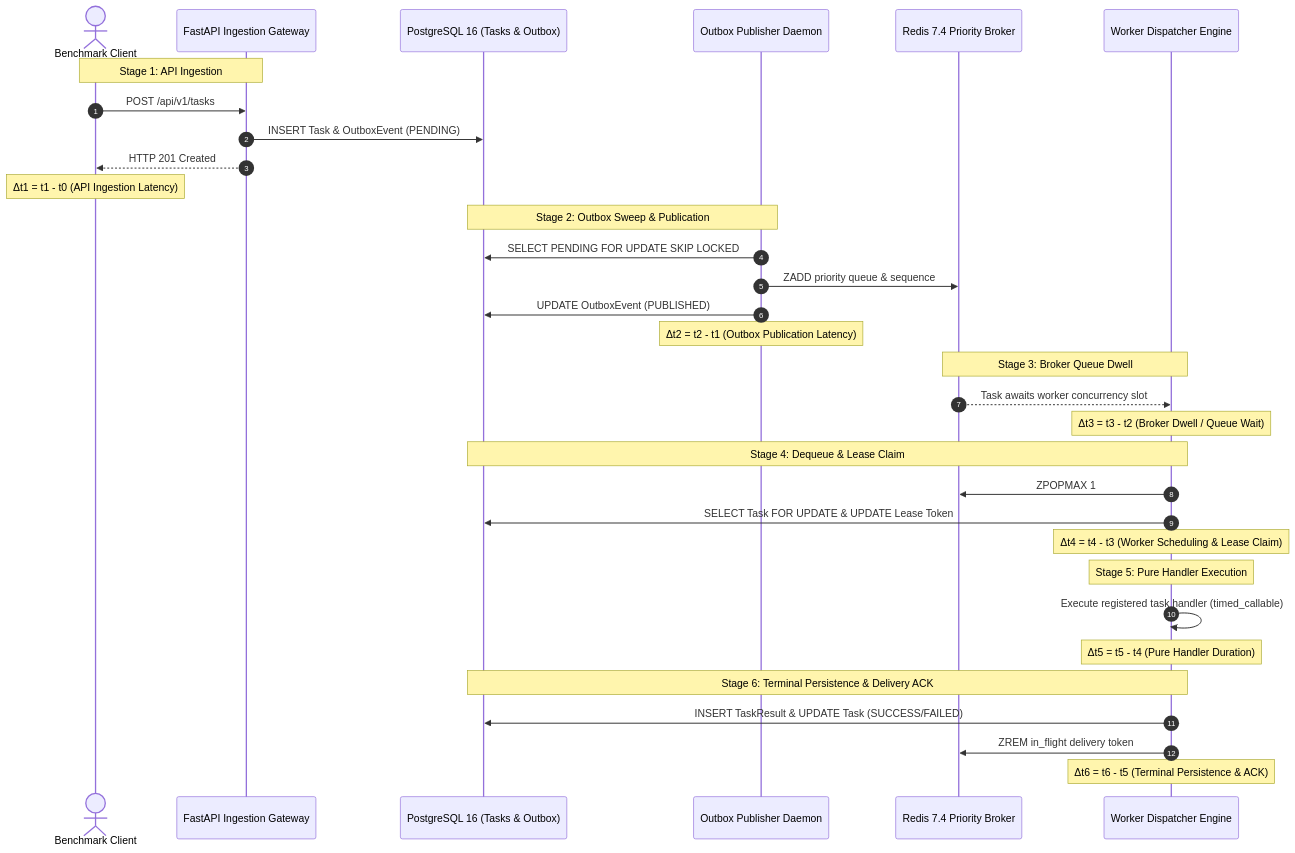
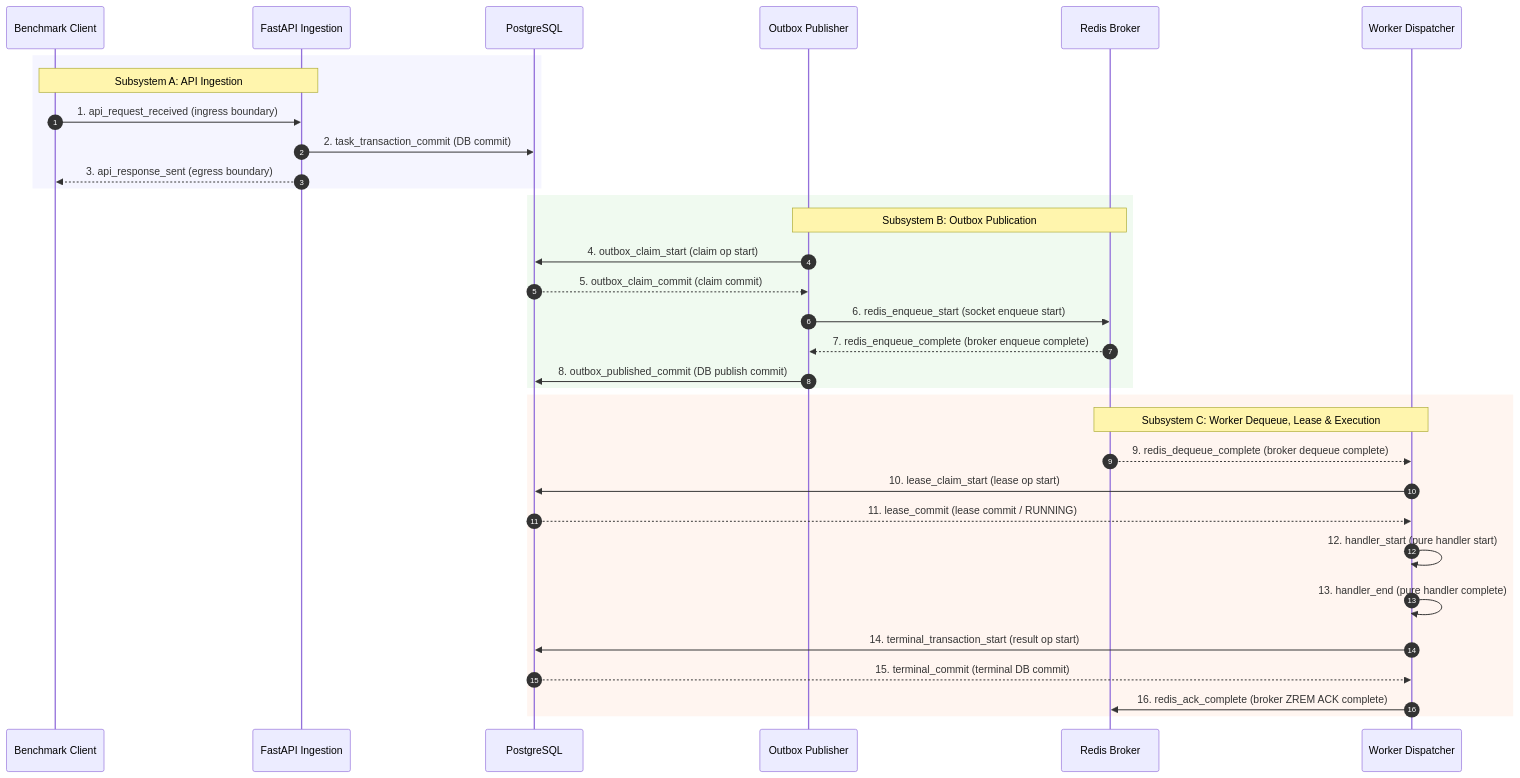
The diagram in docs/phases/phase_09/07_performance_profiling_proposal.md (FoulSpark/TaskForge), drawn with Mermaid before and after one commit. The commit also changed other lines of this file, not shown here.

Commit message:
docs(phase-9): amend Gate G9.3 contract to formalize 16-event attribution, process topology, and clock strategy

````diff
--- a/docs/phases/phase_09/07_performance_profiling_proposal.md
+++ b/docs/phases/phase_09/07_performance_profiling_proposal.md
@@ -54,40 +61,38 @@
 ```mermaid
 sequenceDiagram
     autonumber
-    actor Client as Benchmark Client
-    participant API as FastAPI Ingestion Gateway
-    participant DB as PostgreSQL 16 (Tasks & Outbox)
-    participant Outbox as Outbox Publisher Daemon
-    participant Redis as Redis 7.4 Priority Broker
-    participant Worker as Worker Dispatcher Engine
+    participant Client as Benchmark Client
+    participant API as FastAPI Ingestion
+    participant PG as PostgreSQL
+    participant Outbox as Outbox Publisher
+    participant Redis as Redis Broker
+    participant Worker as Worker Dispatcher
 
-    Note over Client, API: Stage 1: API Ingestion
-    Client->>API: POST /api/v1/tasks
-    API->>DB: INSERT Task & OutboxEvent (PENDING)
-    API-->>Client: HTTP 201 Created
-    Note over Client: Δt1 = t1 - t0 (API Ingestion Latency)
+    rect rgb(245, 245, 255)
+    Note over Client,API: Subsystem A: API Ingestion
+    Client->>API: 1. api_request_received (ingress boundary)
+    API->>PG: 2. task_transaction_commit (DB commit)
+    API-->>Client: 3. api_response_sent (egress boundary)
+    end
 
-    Note over DB, Outbox: Stage 2: Outbox Sweep & Publication
-    Outbox->>DB: SELECT PENDING FOR UPDATE SKIP LOCKED
-    Outbox->>Redis: ZADD priority queue & sequence
-    Outbox->>DB: UPDATE OutboxEvent (PUBLISHED)
-    Note over Outbox: Δt2 = t2 - t1 (Outbox Publication Latency)
+    rect rgb(240, 250, 240)
+    Note over Outbox,Redis: Subsystem B: Outbox Publication
+    Outbox->>PG: 4. outbox_claim_start (claim op start)
+    PG-->>Outbox: 5. outbox_claim_commit (claim commit)
+    Outbox->>Redis: 6. redis_enqueue_start (socket enqueue start)
+    Redis-->>Outbox: 7. redis_enqueue_complete (broker enqueue complete)
+    Outbox->>PG: 8. outbox_published_commit (DB publish commit)
+    end
 
-    Note over Redis, Worker: Stage 3: Broker Queue Dwell
-    Redis-->>Worker: Task awaits worker concurrency slot
-    Note over Worker: Δt3 = t3 - t2 (Broker Dwell / Queue Wait)
-
-    Note over Worker, DB: Stage 4: Dequeue & Lease Claim
-    Worker->>Redis: ZPOPMAX 1
-    Worker->>DB: SELECT Task FOR UPDATE & UPDATE Lease Token
-    Note over Worker: Δt4 = t4 - t3 (Worker Scheduling & Lease Claim)
-
-    Note over Worker: Stage 5: Pure Handler Execution
-    Worker->>Worker: Execute registered task handler (timed_callable)
-    Note over Worker: Δt5 = t5 - t4 (Pure Handler Duration)
-
-    Note over Worker, DB: Stage 6: Terminal Persistence & Delivery ACK
-    Worker->>DB: INSERT TaskResult & UPDATE Task (SUCCESS/FAILED)
-    Worker->>Redis: ZREM in_flight delivery token
-    Note over Worker: Δt6 = t6 - t5 (Terminal Persistence & ACK)
+    rect rgb(255, 245, 240)
+    Note over Worker,Redis: Subsystem C: Worker Dequeue, Lease & Execution
+    Redis-->>Worker: 9. redis_dequeue_complete (broker dequeue complete)
+    Worker->>PG: 10. lease_claim_start (lease op start)
+    PG-->>Worker: 11. lease_commit (lease commit / RUNNING)
+    Worker->>Worker: 12. handler_start (pure handler start)
+    Worker->>Worker: 13. handler_end (pure handler complete)
+    Worker->>PG: 14. terminal_transaction_start (result op start)
+    PG-->>Worker: 15. terminal_commit (terminal DB commit)
+    Worker->>Redis: 16. redis_ack_complete (broker ZREM ACK complete)
+    end
 ```
````
